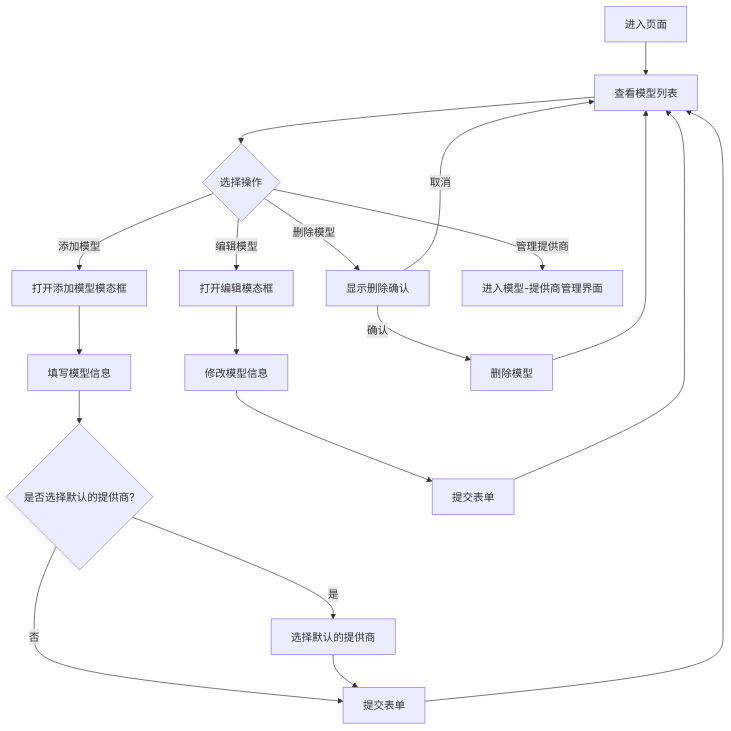
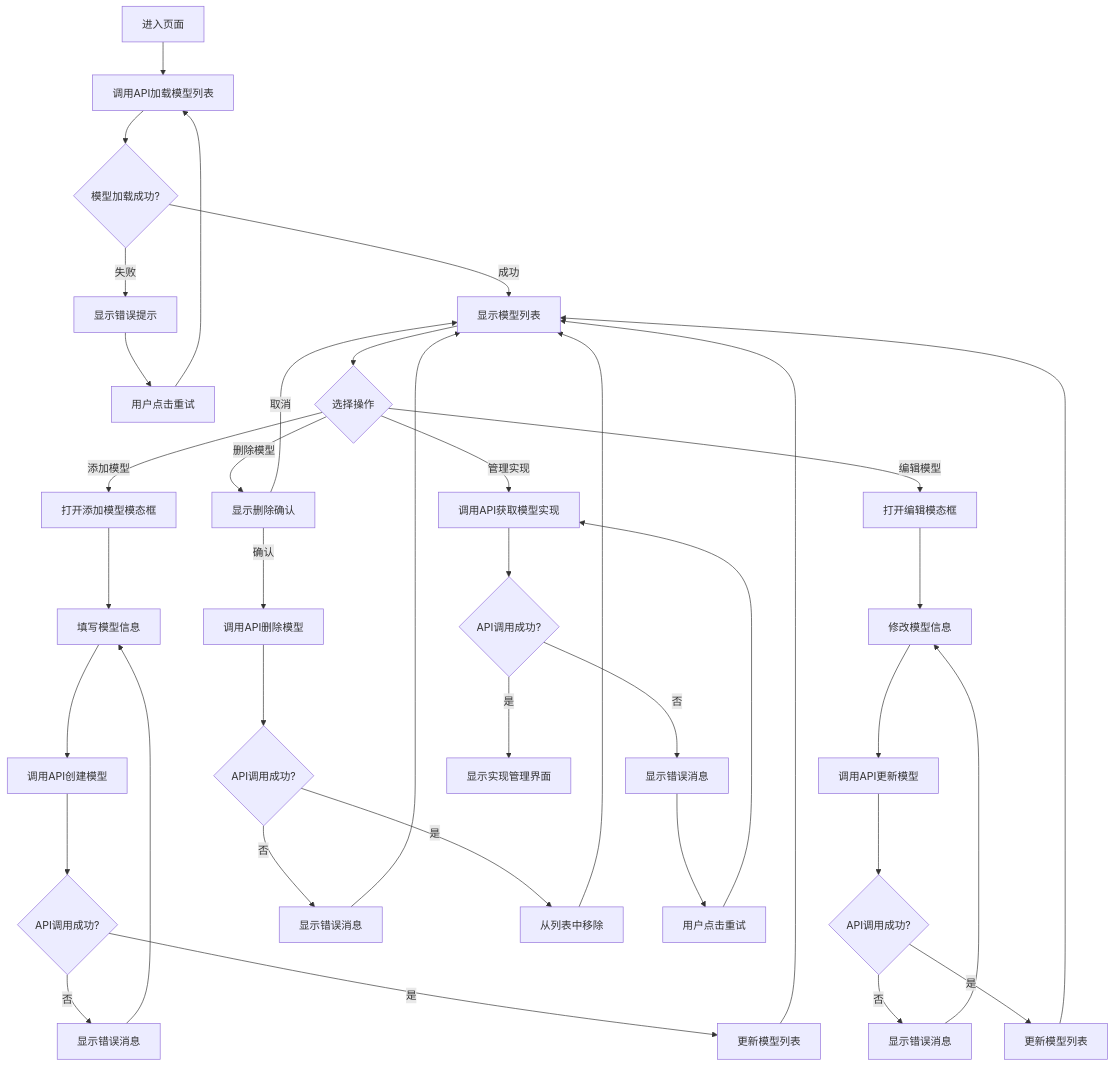
Before and after one commit to V1ki/MyAgent: the third of 4 diagrams in web/src/pages/Models/Readme.md, drawn with Mermaid. The commit also changed other lines of this file and 4 other files, not shown here.

Commit message:
Update README and model management documentation with system architecture, implemented features, and API interaction details

````diff
--- a/web/src/pages/Models/Readme.md
+++ b/web/src/pages/Models/Readme.md
@@ -164,25 +171,46 @@
 ```mermaid
 flowchart TD
-    A[进入页面] --> B[查看模型列表]
-    B --> C{选择操作}
+    A[进入页面] --> B[调用API加载模型列表]
+    B --> C{模型加载成功?}
+    C -->|失败| D[显示错误提示]
+    D --> E[用户点击重试]
+    E --> B
     
-    C -->|添加模型| D[打开添加模型模态框]
-    D --> E[填写模型信息]
-    E --> F{是否选择默认的提供商?}
-    F -->|是| G[选择默认的提供商]
-    F -->|否| H[提交表单]
-    G --> H
-    H --> B
+    C -->|成功| F[显示模型列表]
     
-    C -->|编辑模型| I[打开编辑模态框]
-    I --> J[修改模型信息]
-    J --> K[提交表单]
-    K --> B
+    F --> G{选择操作}
     
-    C -->|删除模型| L[显示删除确认]
-    L -->|确认| M[删除模型]
-    L -->|取消| B
-    M --> B
+    G -->|添加模型| H[打开添加模型模态框]
+    H --> I[填写模型信息]
+    I --> J[调用API创建模型]
+    J --> K{API调用成功?}
+    K -->|否| L[显示错误消息]
+    L --> I
+    K -->|是| M[更新模型列表]
+    M --> F
     
-    C -->|管理提供商| N[进入模型-提供商管理界面]
+    G -->|编辑模型| N[打开编辑模态框]
+    N --> O[修改模型信息]
+    O --> P[调用API更新模型]
+    P --> Q{API调用成功?}
+    Q -->|否| R[显示错误消息]
+    R --> O
+    Q -->|是| S[更新模型列表]
+    S --> F
+    
+    G -->|删除模型| T[显示删除确认]
+    T -->|确认| U[调用API删除模型]
+    U --> V{API调用成功?}
+    V -->|否| W[显示错误消息]
+    W --> F
+    V -->|是| X[从列表中移除]
+    X --> F
+    T -->|取消| F
+    
+    G -->|管理实现| Y[调用API获取模型实现]
+    Y --> Z{API调用成功?}
+    Z -->|否| AA[显示错误消息]
+    AA --> AB[用户点击重试]
+    AB --> Y
+    Z -->|是| AC[显示实现管理界面]
 ```
````
